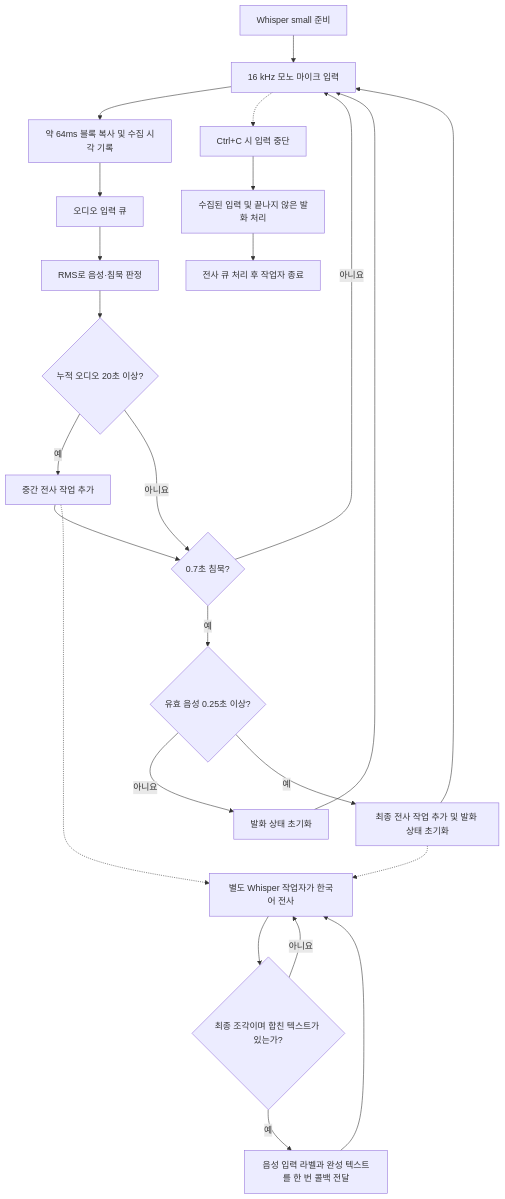
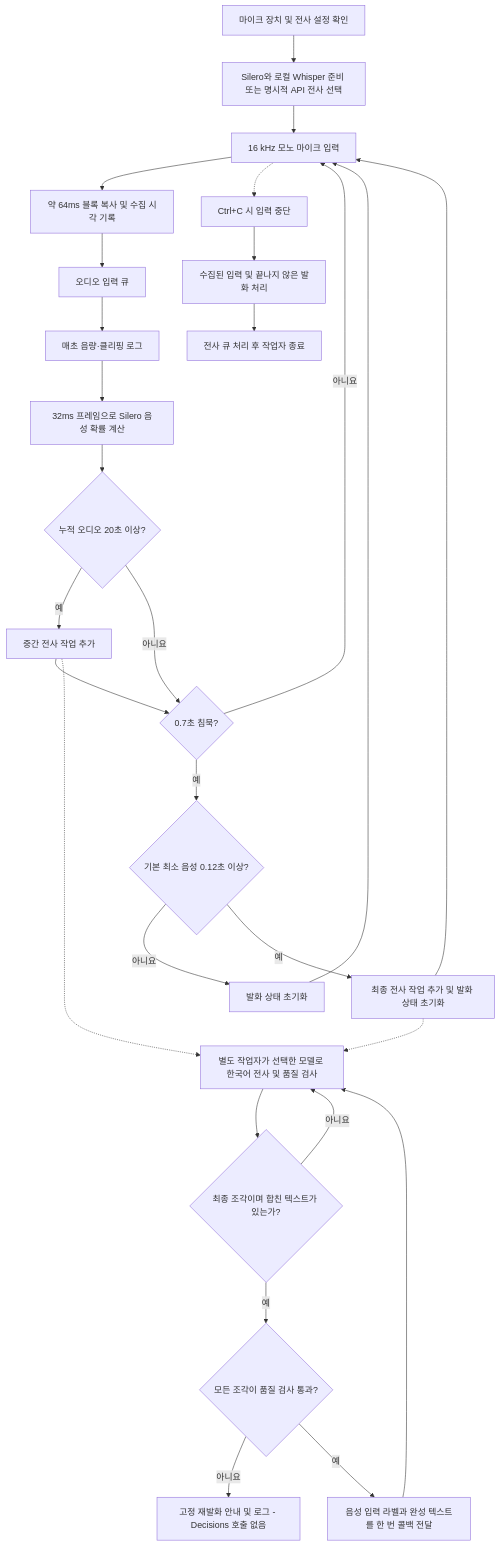
The second of 7 diagrams in FLOWCHART.md (pyhearts/ROBOTPAL), drawn with Mermaid before and after one commit. The commit also changed other lines of this file and 29 other files, not shown here.

````diff
--- a/FLOWCHART.md
+++ b/FLOWCHART.md
@@ -25,26 +25,30 @@
 ```mermaid
 flowchart TD
-    A[Whisper small 준비] --> B[16 kHz 모노 마이크 입력]
+    A[마이크 장치 및 전사 설정 확인] --> INIT[Silero와 로컬 Whisper 준비 또는 명시적 API 전사 선택]
+    INIT --> B[16 kHz 모노 마이크 입력]
     B --> C[약 64ms 블록 복사 및 수집 시각 기록]
     C --> D[오디오 입력 큐]
-    D --> E[RMS로 음성·침묵 판정]
+    D --> MET[매초 음량·클리핑 로그]
+    MET --> E[32ms 프레임으로 Silero 음성 확률 계산]
     E --> F{누적 오디오 20초 이상?}
     F -->|예| G[중간 전사 작업 추가]
     F -->|아니요| H{0.7초 침묵?}
     G --> H
     H -->|아니요| B
-    H -->|예| I{유효 음성 0.25초 이상?}
+    H -->|예| I{기본 최소 음성 0.12초 이상?}
     I -->|아니요| J[발화 상태 초기화]
     J --> B
     I -->|예| K[최종 전사 작업 추가 및 발화 상태 초기화]
     K --> B
-    G -.-> L[별도 Whisper 작업자가 한국어 전사]
+    G -.-> L[별도 작업자가 선택한 모델로 한국어 전사 및 품질 검사]
     K -.-> L
     L --> M{최종 조각이며 합친 텍스트가 있는가?}
     M -->|아니요| L
-    M -->|예| N[음성 입력 라벨과 완성 텍스트를 한 번 콜백 전달]
+    M -->|예| QUALITY{모든 조각이 품질 검사 통과?}
+    QUALITY -->|아니요| RETRY[고정 재발화 안내 및 로그 - Decisions 호출 없음]
+    QUALITY -->|예| N[음성 입력 라벨과 완성 텍스트를 한 번 콜백 전달]
     N --> L
     B -.-> STOP[Ctrl+C 시 입력 중단]
     STOP --> DRAIN[수집된 입력 및 끝나지 않은 발화 처리]
     DRAIN --> END[전사 큐 처리 후 작업자 종료]
 ```
````
